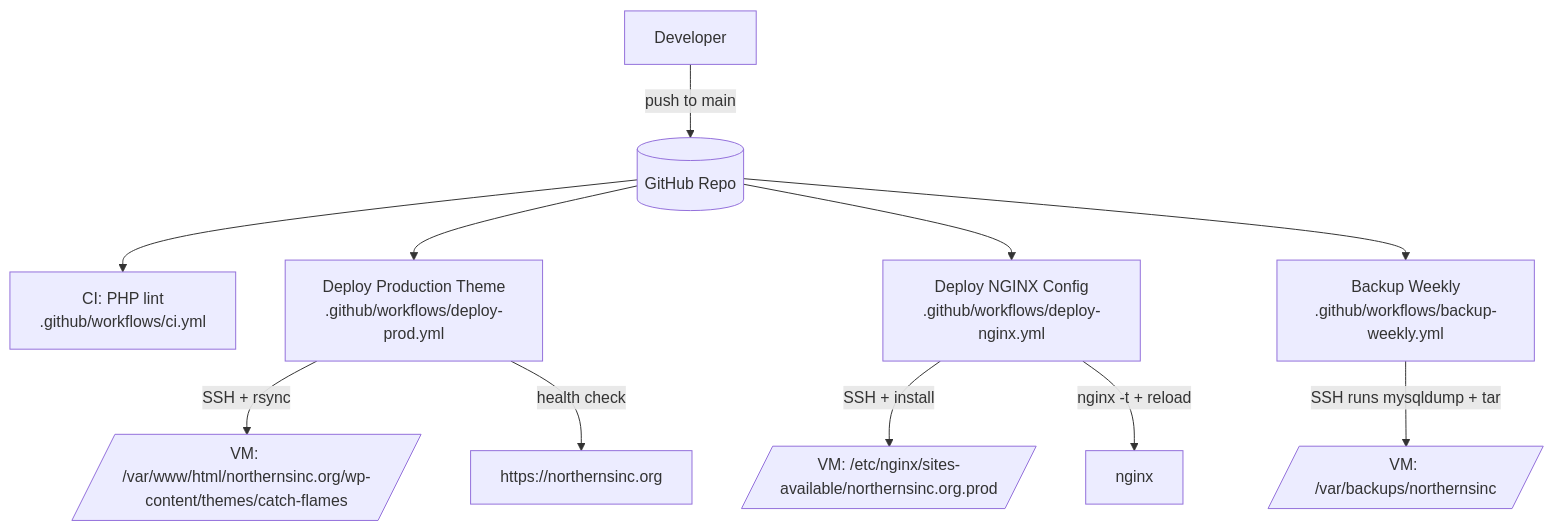
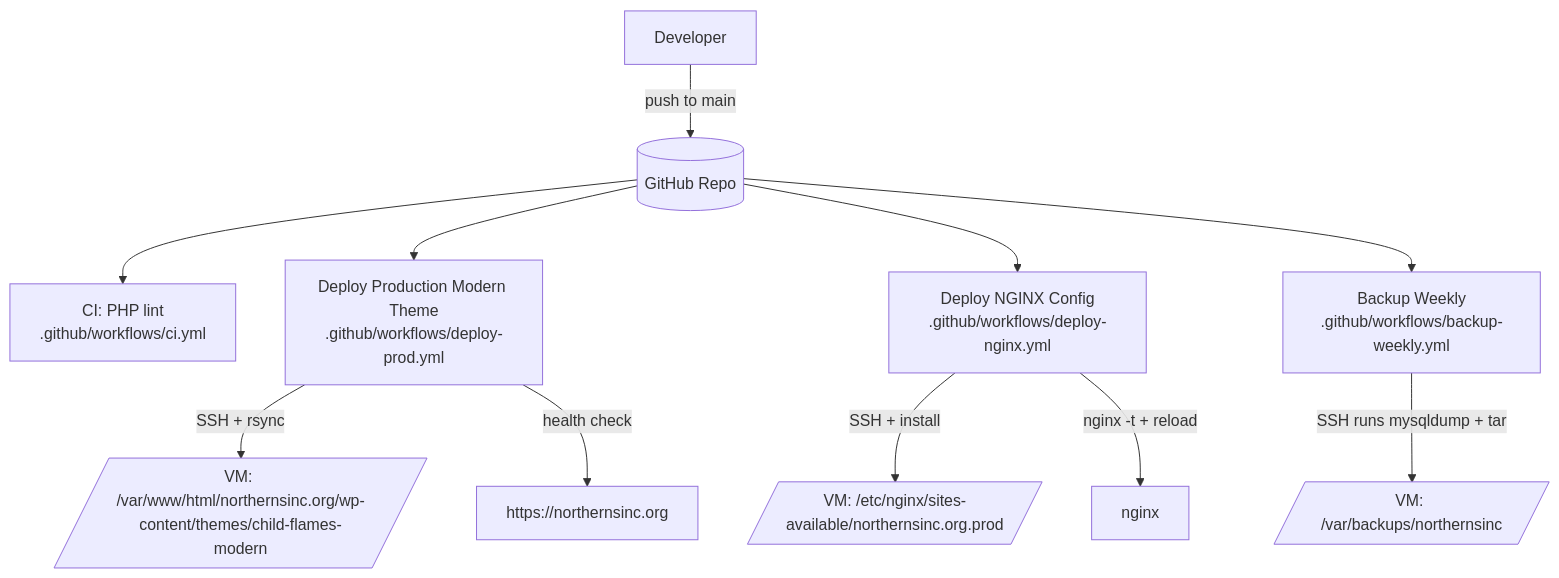
Before and after one commit to umckidy/northernsinc: the diagram in README.md, drawn with Mermaid. The commit also changed other lines of this file and 2 other files, not shown here.

Commit message:
Update docs for modern theme workflows
Refresh README and runbooks to reflect the active child theme, modern-theme-only deploy workflow, and weekly backup cadence.

````diff
--- a/README.md
+++ b/README.md
@@ -20,17 +21,17 @@
 ```mermaid
 flowchart TD
   Dev[Developer] -->|push to main| GitHub[(GitHub Repo)]
 
   GitHub --> CI[CI: PHP lint\n.github/workflows/ci.yml]
 
-  GitHub --> DeployTheme[Deploy Production Theme\n.github/workflows/deploy-prod.yml]
-  DeployTheme -->|SSH + rsync| VMTheme[/VM: /var/www/html/northernsinc.org/wp-content/themes/catch-flames/]
+  GitHub --> DeployTheme[Deploy Production Modern Theme\n.github/workflows/deploy-prod.yml]
+  DeployTheme -->|SSH + rsync| VMTheme[/VM: /var/www/html/northernsinc.org/wp-content/themes/child-flames-modern/]
   DeployTheme -->|health check| Site[https://northernsinc.org]
 
   GitHub --> DeployNginx[Deploy NGINX Config\n.github/workflows/deploy-nginx.yml]
   DeployNginx -->|SSH + install| VMNginx[/VM: /etc/nginx/sites-available/northernsinc.org.prod/]
   DeployNginx -->|nginx -t + reload| Nginx[nginx]
 
   GitHub --> Backup[Backup Weekly\n.github/workflows/backup-weekly.yml]
   Backup -->|SSH runs mysqldump + tar| Backups[/VM: /var/backups/northernsinc/]
 ```
````
